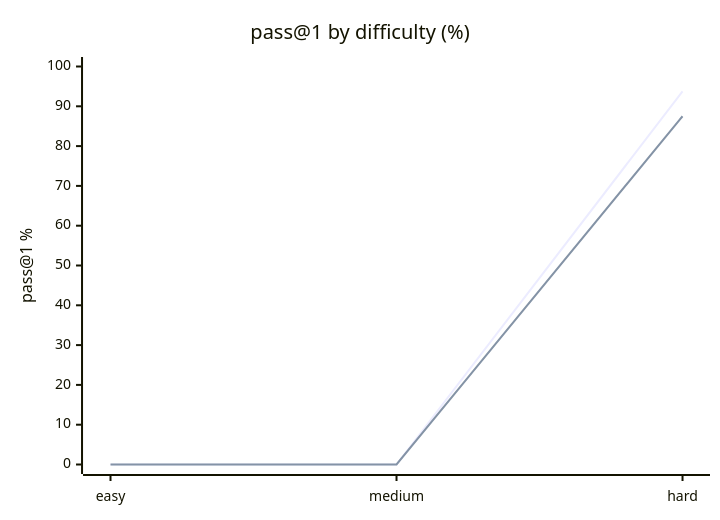
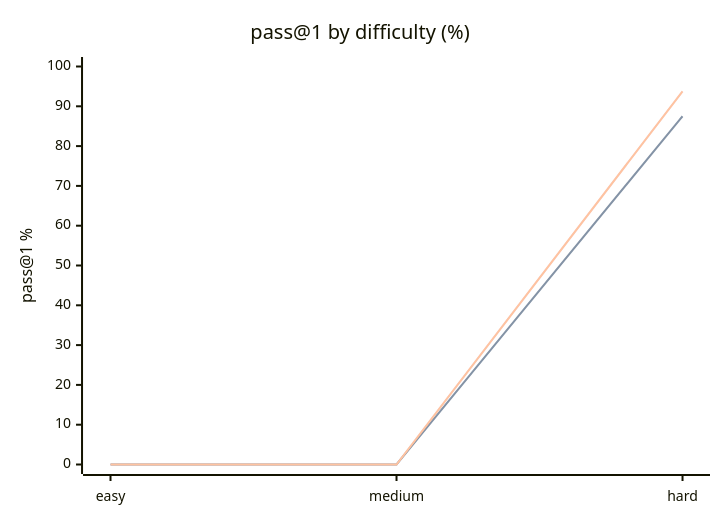
One commit to luongnv89/dgx-spark-llm-lab changed the sixth of 6 diagrams in results/2026-08-20-pi-harness/REPORT-hard.md. Above: the diagram before and after it, drawn with Mermaid. The commit also changed other lines of this file and 9 other files, not shown here.

````diff
--- a/results/2026-08-20-pi-harness/REPORT-hard.md
+++ b/results/2026-08-20-pi-harness/REPORT-hard.md
@@ -66,8 +67,9 @@
 ```mermaid
 xychart-beta
     title "pass@1 by difficulty (%)"
     x-axis ["easy", "medium", "hard"]
     y-axis "pass@1 %" 0 --> 100
     line [0, 0, 93.75]
     line [0, 0, 87.5]
+    line [0, 0, 93.75]
 ```
````
